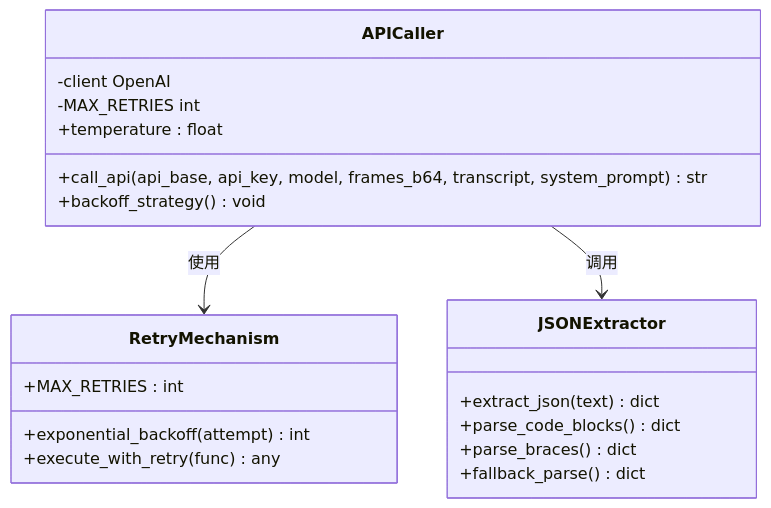
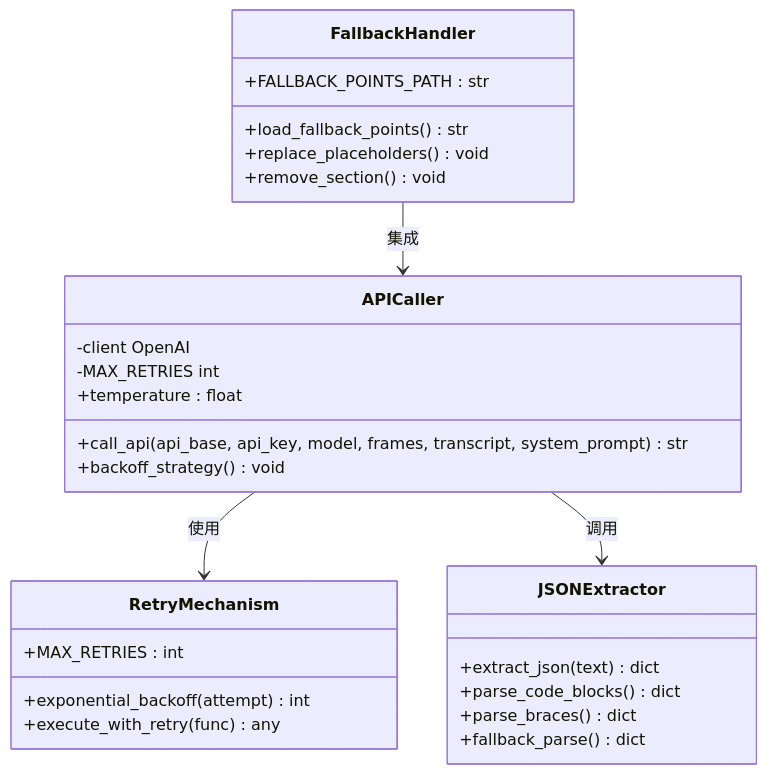
The fourth of 7 diagrams in .qoder/repowiki/zh/content/核心模块详解/多模态分析模块.md (WongMingJiu/landingpage-test-hero-page), drawn with Mermaid before and after one commit. The commit also changed other lines of this file and 6 other files, not shown here.

````diff
--- a/.qoder/repowiki/zh/content/核心模块详解/多模态分析模块.md
+++ b/.qoder/repowiki/zh/content/核心模块详解/多模态分析模块.md
@@ -209,23 +233,30 @@
 ```mermaid
 classDiagram
 class APICaller {
-+call_api(api_base, api_key, model, frames_b64, transcript, system_prompt) str
++call_api(api_base, api_key, model, frames, transcript, system_prompt) str
 -client OpenAI
 -MAX_RETRIES int
 +temperature : float
 +backoff_strategy() void
 }
 class RetryMechanism {
 +MAX_RETRIES : int
 +exponential_backoff(attempt) int
 +execute_with_retry(func) any
 }
 class JSONExtractor {
 +extract_json(text) dict
 +parse_code_blocks() dict
 +parse_braces() dict
 +fallback_parse() dict
 }
+class FallbackHandler {
++FALLBACK_POINTS_PATH : str
++load_fallback_points() str
++replace_placeholders() void
++remove_section() void
+}
 APICaller --> RetryMechanism : 使用
 APICaller --> JSONExtractor : 调用
+FallbackHandler --> APICaller : 集成
 ```
````
